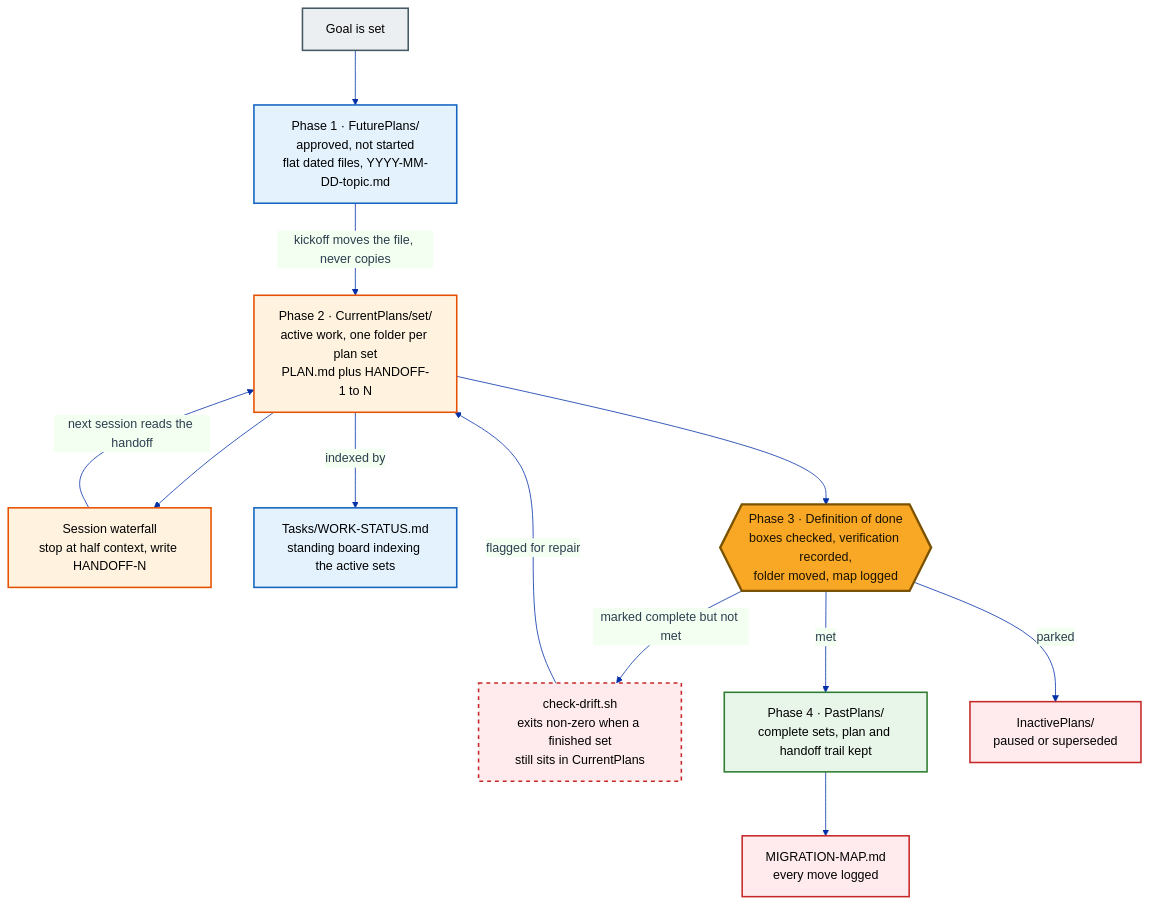
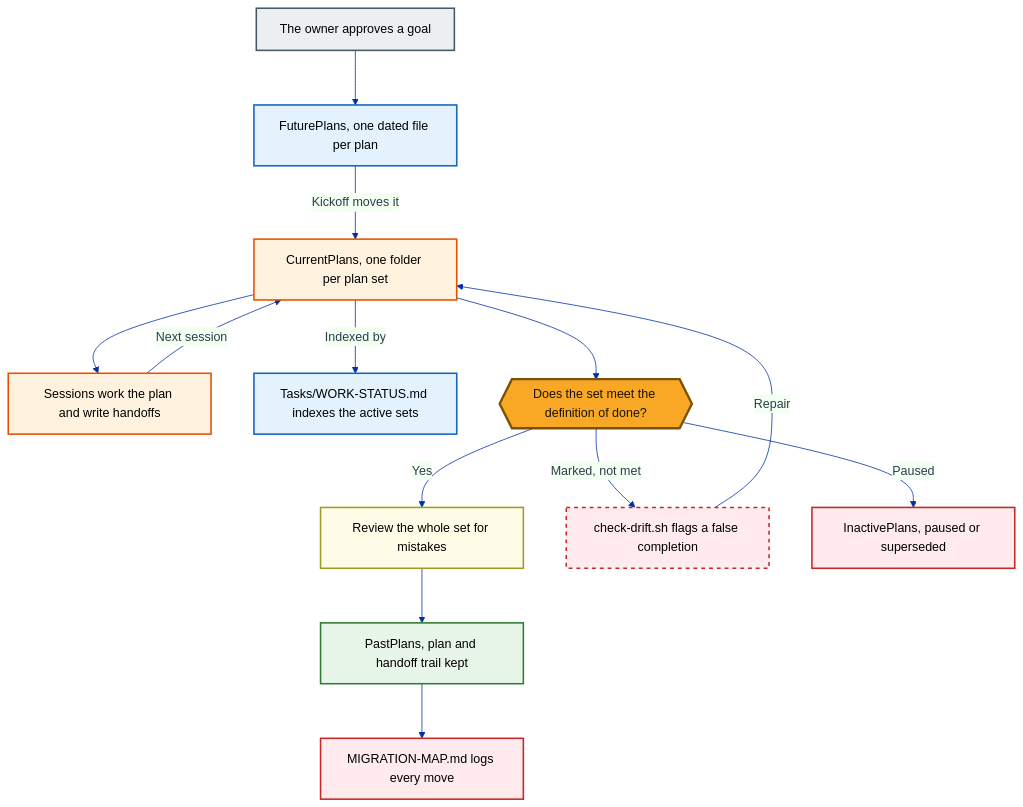
One commit to mmentzerhernandez/global_experience changed the diagram in diagrams/operating-loop.mmd. Above: the diagram before and after it, drawn with Mermaid. The commit also changed 30 other files, not shown here.

```diff
--- a/diagrams/operating-loop.mmd
+++ b/diagrams/operating-loop.mmd
@@ -1,53 +1,46 @@
 ---
 config:
   theme: base
   themeVariables:
     primaryColor: "#f0f3ff"
     primaryBorderColor: "#002fa7"
     primaryTextColor: "#2c3e50"
     lineColor: "#002fa7"
     fontFamily: "-apple-system,BlinkMacSystemFont,Segoe UI,Roboto,sans-serif"
   flowchart:
     nodeSpacing: 55
     rankSpacing: 70
 ---
 flowchart TD
-    OWNER["Goal is set"]:::people
-
-    FUT["Phase 1 · FuturePlans/<br/>approved, not started<br/>flat dated files, YYYY-MM-DD-topic.md"]:::access
-
-    CUR["Phase 2 · CurrentPlans/set/<br/>active work, one folder per plan set<br/>PLAN.md plus HANDOFF-1 to N"]:::enforce
-
-    WATERFALL["Session waterfall<br/>stop at half context, write HANDOFF-N"]:::enforce
-
-    BOARD["Tasks/WORK-STATUS.md<br/>standing board indexing the active sets"]:::access
-
-    DOD{{"Phase 3 · Definition of done<br/>boxes checked, verification recorded,<br/>folder moved, map logged"}}:::gate
-
-    DRIFT["check-drift.sh<br/>exits non-zero when a finished set<br/>still sits in CurrentPlans"]:::refuse
-
-    PAST["Phase 4 · PastPlans/<br/>complete sets, plan and handoff trail kept"]:::course
-
-    INACT["InactivePlans/<br/>paused or superseded"]:::report
-
-    MAP["MIGRATION-MAP.md<br/>every move logged"]:::report
+    OWNER["The owner approves a goal"]:::people
+    FUT["FuturePlans, one dated file per plan"]:::access
+    CUR["CurrentPlans, one folder per plan set"]:::enforce
+    WATERFALL["Sessions work the plan and write handoffs"]:::enforce
+    BOARD["Tasks/WORK-STATUS.md indexes the active sets"]:::access
+    DOD{{"Does the set meet the definition of done?"}}:::gate
+    REVIEW["Review the whole set for mistakes"]:::note
+    DRIFT["check-drift.sh flags a false completion"]:::refuse
+    PAST["PastPlans, plan and handoff trail kept"]:::course
+    INACT["InactivePlans, paused or superseded"]:::report
+    MAP["MIGRATION-MAP.md logs every move"]:::report
 
     OWNER --> FUT
-    FUT -->|"kickoff moves the file, never copies"| CUR
+    FUT -->|"Kickoff moves it"| CUR
     CUR --> WATERFALL
-    WATERFALL -->|"next session reads the handoff"| CUR
-    CUR -->|"indexed by"| BOARD
+    WATERFALL -->|"Next session"| CUR
+    CUR -->|"Indexed by"| BOARD
     CUR --> DOD
-    DOD -->|"met"| PAST
-    DOD -->|"parked"| INACT
-    DOD -->|"marked complete but not met"| DRIFT
-    DRIFT -->|"flagged for repair"| CUR
+    DOD -->|"Yes"| REVIEW --> PAST
+    DOD -->|"Paused"| INACT
+    DOD -->|"Marked, not met"| DRIFT
+    DRIFT -->|"Repair"| CUR
     PAST --> MAP
 
     classDef people fill:#ECEFF1,stroke:#455A64,color:#000000,stroke-width:2px
     classDef access fill:#E3F2FD,stroke:#1565C0,color:#000000,stroke-width:2px
     classDef course fill:#E8F5E9,stroke:#2E7D32,color:#000000,stroke-width:2px
     classDef enforce fill:#FFF3E0,stroke:#E65100,color:#000000,stroke-width:2px
     classDef report fill:#FFEBEE,stroke:#C62828,color:#000000,stroke-width:2px
     classDef refuse fill:#FFEBEE,stroke:#C62828,color:#000000,stroke-width:2px,stroke-dasharray: 5 5
+    classDef note fill:#FFFDE7,stroke:#9E9D24,color:#000000,stroke-width:2px
     classDef gate fill:#F9A825,stroke:#7A5200,color:#1A1200,stroke-width:3px
```
